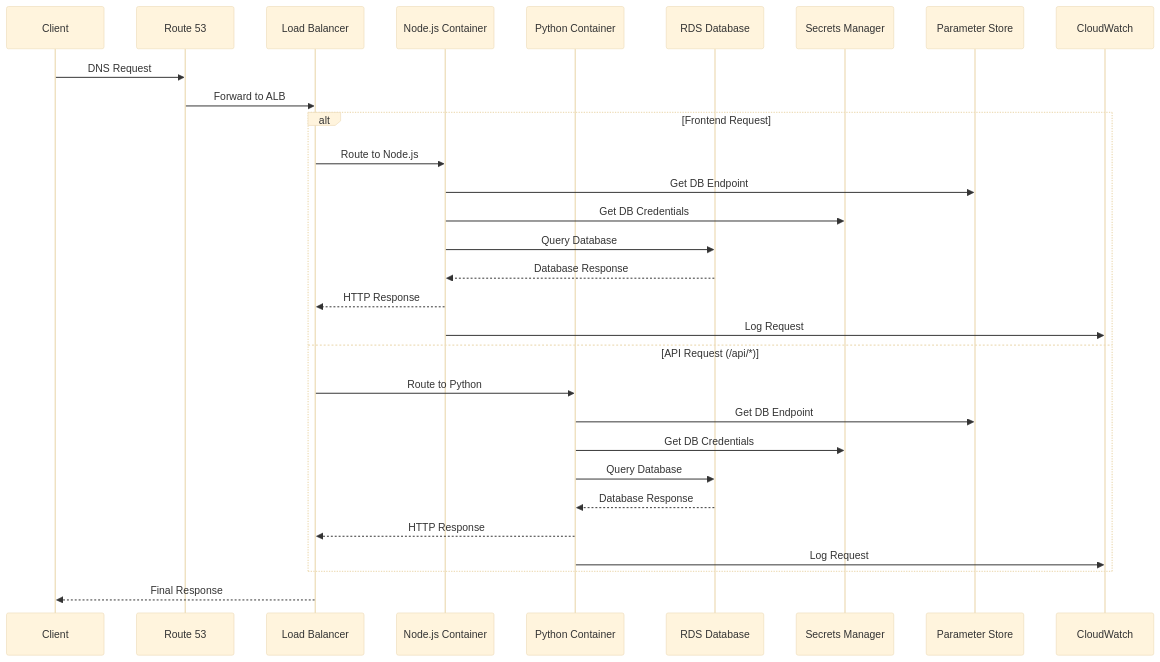
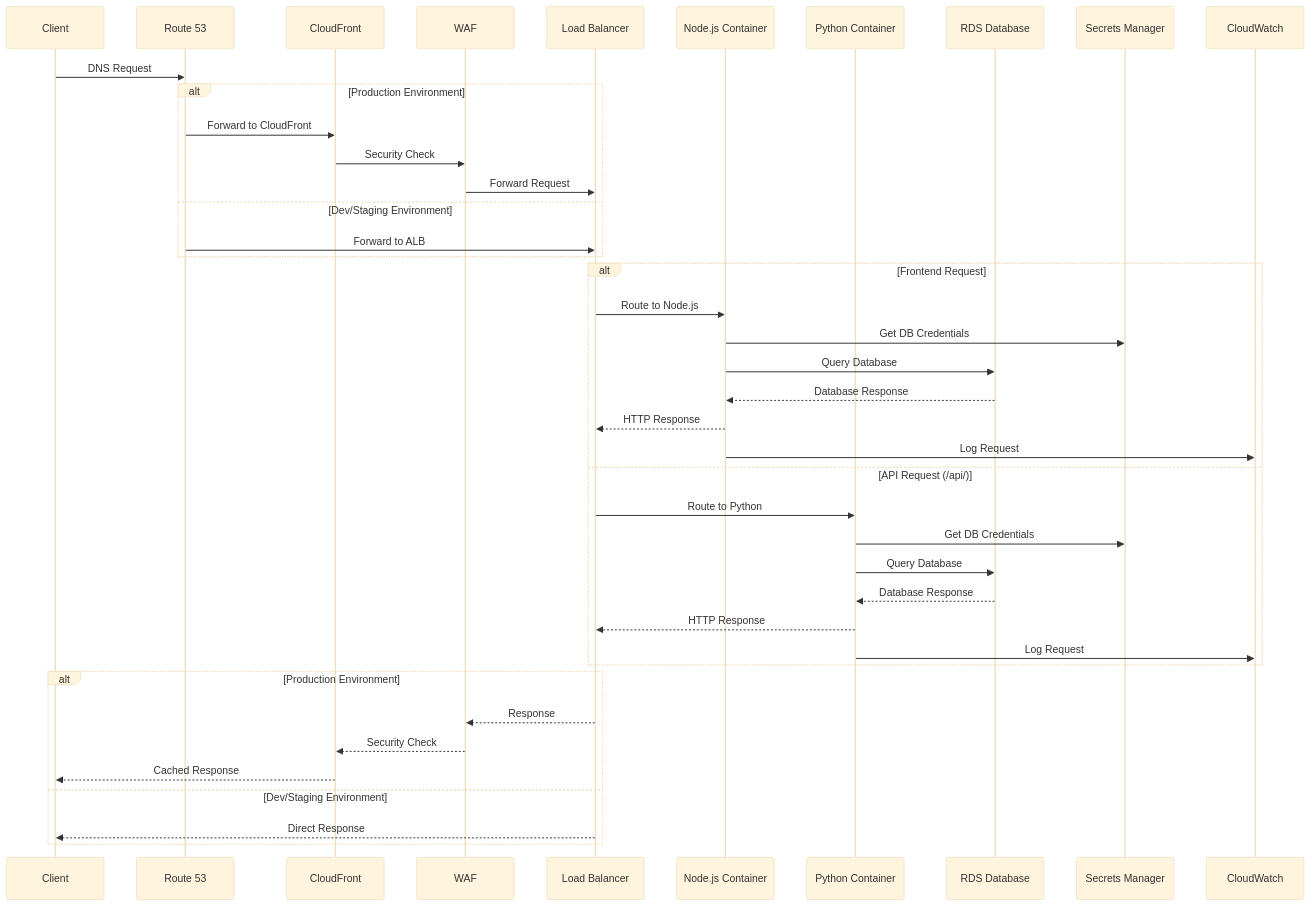
Before and after one commit to m1rl0k/ecs-3vpc: the second of 3 diagrams in readme.md, drawn with Mermaid (base theme).

````diff
--- a/readme.md
+++ b/readme.md
@@ -71,35 +71,43 @@
 ```mermaid
 sequenceDiagram
-    participant C as Client
-    participant R53 as Route 53
-    participant ALB as Load Balancer
-    participant N as Node.js Container
-    participant P as Python Container
-    participant RDS as RDS Database
-    participant SM as Secrets Manager
-    participant SSM as Parameter Store
-    participant CW as CloudWatch
-
-    C->>R53: DNS Request
-    R53->>ALB: Forward to ALB
-    
-    alt Frontend Request
-        ALB->>N: Route to Node.js
-        N->>SSM: Get DB Endpoint
-        N->>SM: Get DB Credentials
-        N->>RDS: Query Database
-        RDS-->>N: Database Response
-        N-->>ALB: HTTP Response
-        N->>CW: Log Request
-    else API Request (/api/*)
-        ALB->>P: Route to Python
-        P->>SSM: Get DB Endpoint
-        P->>SM: Get DB Credentials
-        P->>RDS: Query Database
-        RDS-->>P: Database Response
-        P-->>ALB: HTTP Response
-        P->>CW: Log Request
-    end
-    
-    ALB-->>C: Final Response
+participant C as Client
+participant R53 as Route 53
+participant CF as CloudFront
+participant WAF as WAF
+participant ALB as Load Balancer
+participant N as Node.js Container
+participant P as Python Container
+participant RDS as RDS Database
+participant SM as Secrets Manager
+participant CW as CloudWatch
+C->>R53: DNS Request
+alt Production Environment
+R53->>CF: Forward to CloudFront
+CF->>WAF: Security Check
+WAF->>ALB: Forward Request
+else Dev/Staging Environment
+R53->>ALB: Forward to ALB
+end
+alt Frontend Request
+ALB->>N: Route to Node.js
+N->>SM: Get DB Credentials
+N->>RDS: Query Database
+RDS-->>N: Database Response
+N-->>ALB: HTTP Response
+N->>CW: Log Request
+else API Request (/api/)
+ALB->>P: Route to Python
+P->>SM: Get DB Credentials
+P->>RDS: Query Database
+RDS-->>P: Database Response
+P-->>ALB: HTTP Response
+P->>CW: Log Request
+end
+alt Production Environment
+ALB-->>WAF: Response
+WAF-->>CF: Security Check
+CF-->>C: Cached Response
+else Dev/Staging Environment
+ALB-->>C: Direct Response
+end
 ```
````
